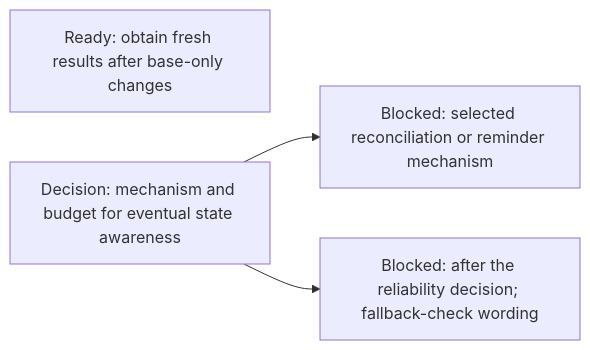
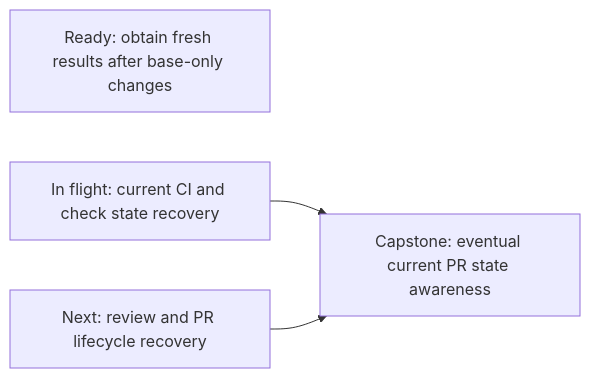
The fifth of 20 diagrams in agentplane/plans/task_dag.md (agentydragon-agent/ducktape), drawn with Mermaid before and after one commit. The commit also changed other lines of this file and 33 other files, not shown here.

````diff
--- a/agentplane/plans/task_dag.md
+++ b/agentplane/plans/task_dag.md
@@ -248,9 +248,9 @@
 ```mermaid
 flowchart LR
     GITHUB_MERGEABILITY_FRESHNESS[Ready: obtain fresh results after base-only changes]
-    GITHUB_NOTICE_RELIABILITY_DESIGN[Decision: mechanism and budget for eventual state awareness]
-    GITHUB_NOTIFICATION_RECOVERY[Blocked: selected reconciliation or reminder mechanism]
-    GITHUB_SHEPHERD_GUIDANCE[Blocked: after the reliability decision; fallback-check wording]
-    GITHUB_NOTICE_RELIABILITY_DESIGN --> GITHUB_NOTIFICATION_RECOVERY
-    GITHUB_NOTICE_RELIABILITY_DESIGN --> GITHUB_SHEPHERD_GUIDANCE
+    GITHUB_CI_RECOVERY[In flight: current CI and check state recovery]
+    GITHUB_REVIEW_LIFECYCLE_RECOVERY[Next: review and PR lifecycle recovery]
+    GITHUB_NOTIFICATION_RECOVERY[Capstone: eventual current PR state awareness]
+    GITHUB_CI_RECOVERY --> GITHUB_NOTIFICATION_RECOVERY
+    GITHUB_REVIEW_LIFECYCLE_RECOVERY --> GITHUB_NOTIFICATION_RECOVERY
 ```
````
